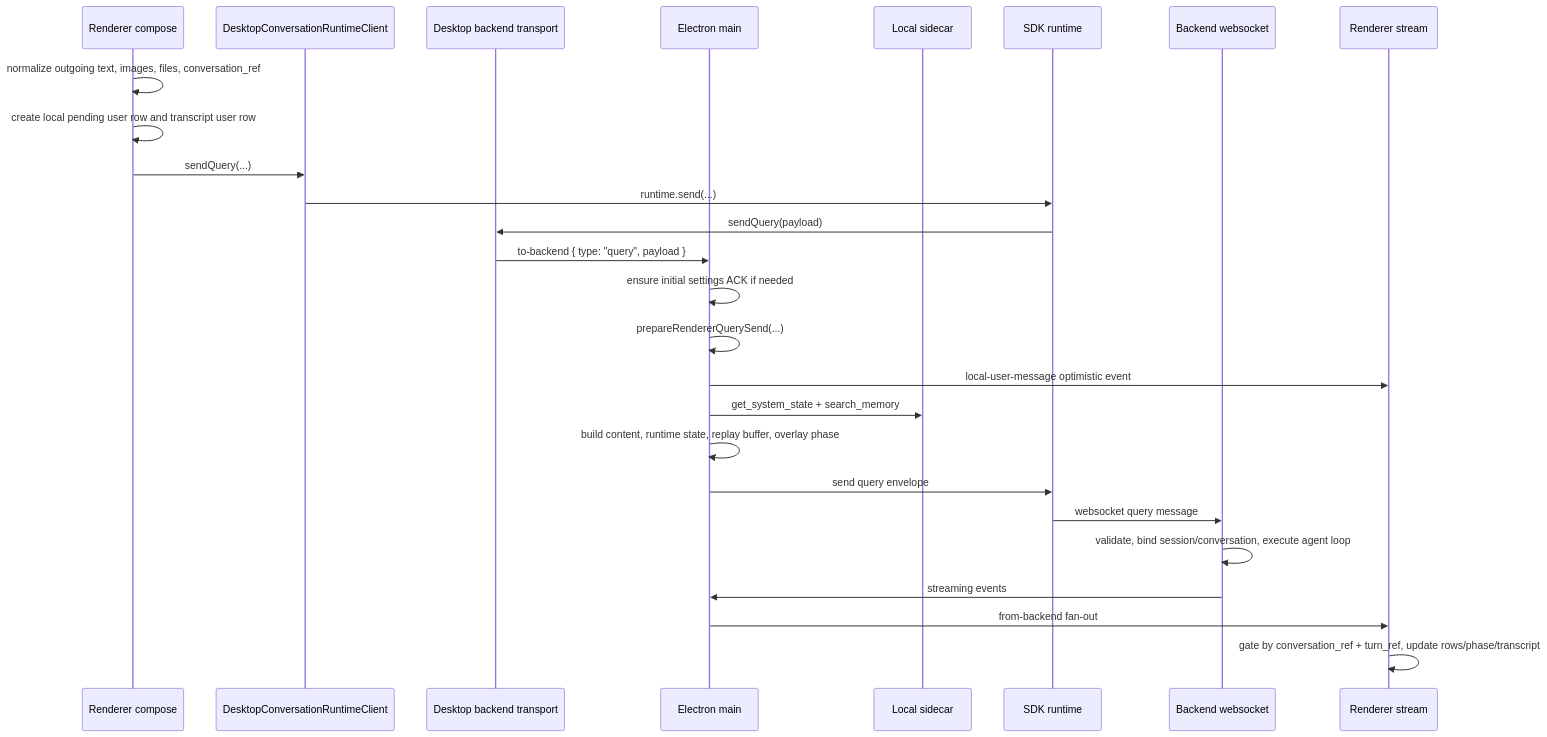
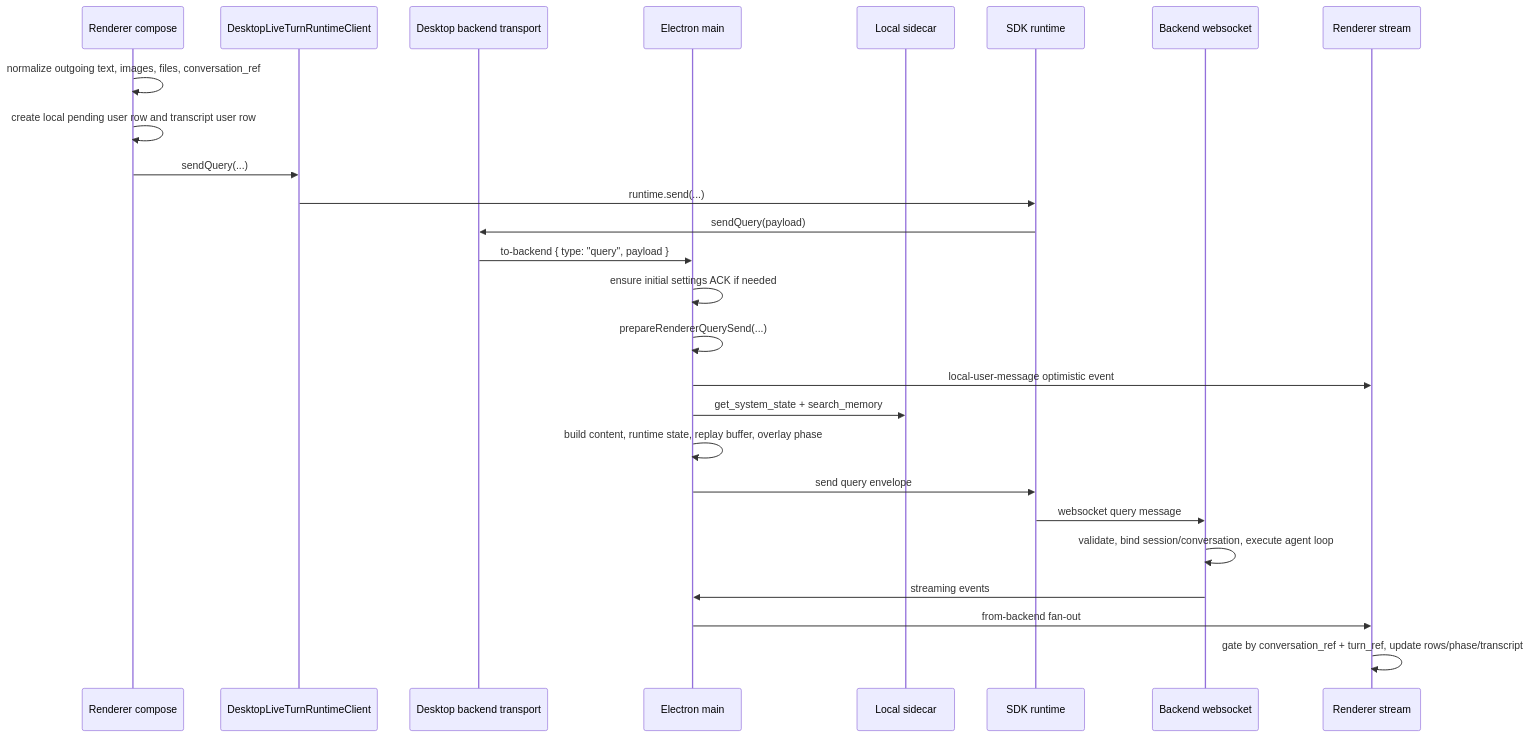
The diagram in docs/frontend/main/query_send_and_stream_relay_change_workflow.md (buiilding/My_Own_OpenClaw), drawn with Mermaid before and after one commit. The commit also changed other lines of this file and 33 other files, not shown here.

Commit message:
refactor(frontend-sdk): rename live turn runtime

````diff
--- a/docs/frontend/main/query_send_and_stream_relay_change_workflow.md
+++ b/docs/frontend/main/query_send_and_stream_relay_change_workflow.md
@@ -56,29 +56,29 @@
 ```mermaid
 sequenceDiagram
     participant R as Renderer compose
-    participant A as DesktopConversationRuntimeClient
+    participant A as DesktopLiveTurnRuntimeClient
     participant T as Desktop backend transport
     participant M as Electron main
     participant L as Local sidecar
     participant SDK as SDK runtime
     participant B as Backend websocket
     participant S as Renderer stream
 
     R->>R: normalize outgoing text, images, files, conversation_ref
     R->>R: create local pending user row and transcript user row
     R->>A: sendQuery(...)
     A->>SDK: runtime.send(...)
     SDK->>T: sendQuery(payload)
     T->>M: to-backend { type: "query", payload }
     M->>M: ensure initial settings ACK if needed
     M->>M: prepareRendererQuerySend(...)
     M->>S: local-user-message optimistic event
     M->>L: get_system_state + search_memory
     M->>M: build content, runtime state, replay buffer, overlay phase
     M->>SDK: send query envelope
     SDK->>B: websocket query message
     B->>B: validate, bind session/conversation, execute agent loop
     B->>M: streaming events
     M->>S: from-backend fan-out
     S->>S: gate by conversation_ref + turn_ref, update rows/phase/transcript
 ```
````
